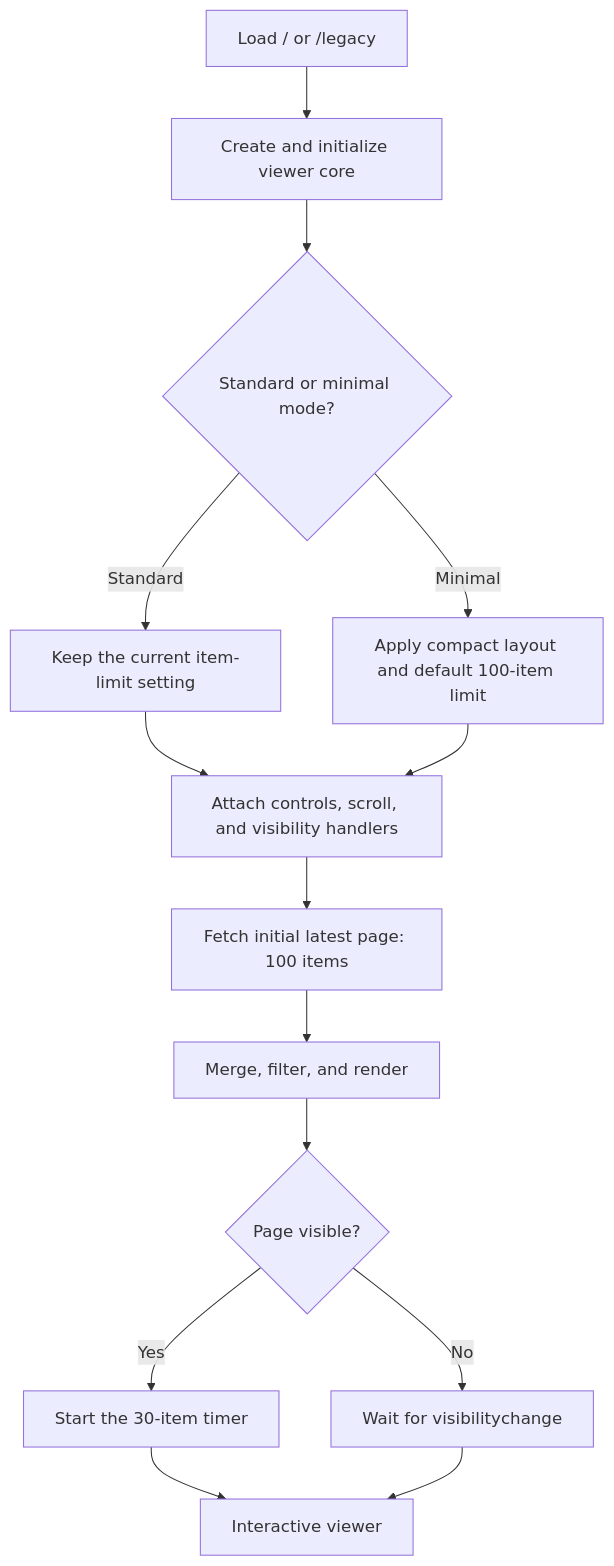
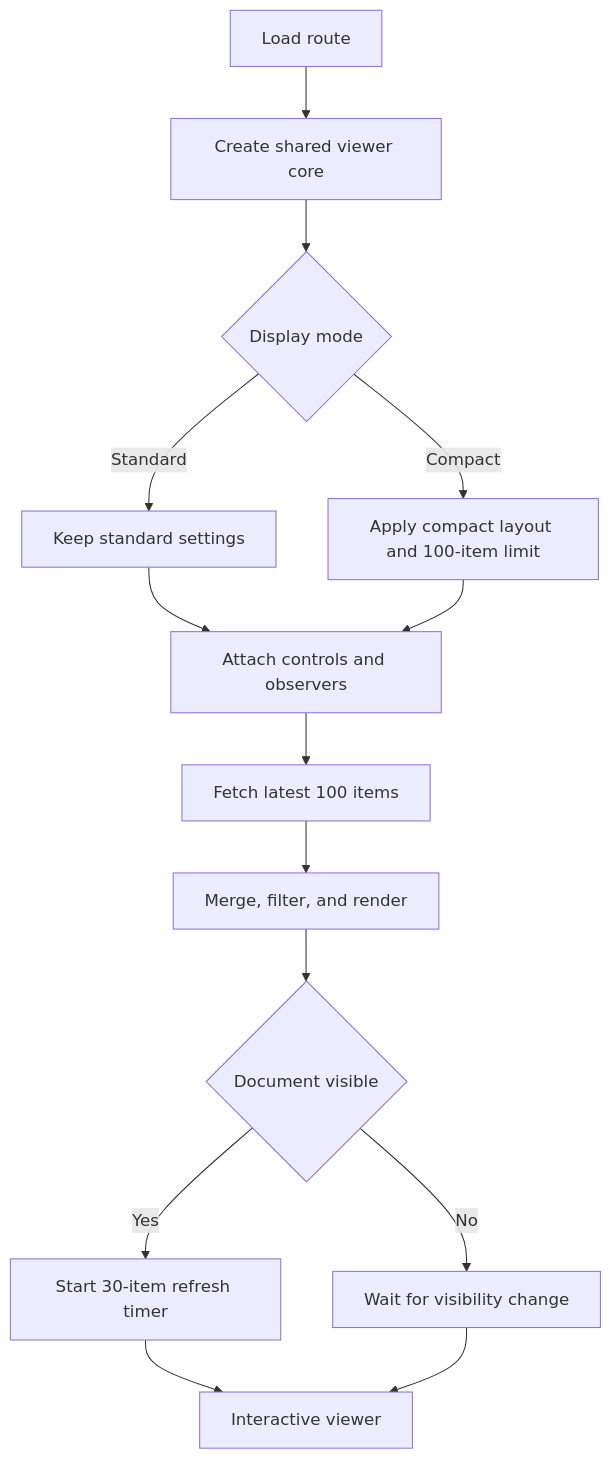
Before and after one commit to virtuecho/sina7x24: the second of 6 diagrams in ARCHITECTURE.md, drawn with Mermaid. The commit also changed other lines of this file and 2 other files, not shown here.

````diff
--- a/ARCHITECTURE.md
+++ b/ARCHITECTURE.md
@@ -63,16 +59,16 @@
 ```mermaid
 flowchart TD
-  A["Load / or /legacy"] --> B["Create and initialize viewer core"]
-  B --> C{"Standard or minimal mode?"}
-  C -->|"Standard"| D["Keep the current item-limit setting"]
-  C -->|"Minimal"| E["Apply compact layout and default 100-item limit"]
-  D --> F["Attach controls, scroll, and visibility handlers"]
+  A["Load route"] --> B["Create shared viewer core"]
+  B --> C{"Display mode"}
+  C -->|Standard| D["Keep standard settings"]
+  C -->|Compact| E["Apply compact layout and 100-item limit"]
+  D --> F["Attach controls and observers"]
   E --> F
-  F --> G["Fetch initial latest page: 100 items"]
+  F --> G["Fetch latest 100 items"]
   G --> H["Merge, filter, and render"]
-  H --> I{"Page visible?"}
-  I -->|"Yes"| J["Start the 30-item timer"]
-  I -->|"No"| K["Wait for visibilitychange"]
+  H --> I{"Document visible"}
+  I -->|Yes| J["Start 30-item refresh timer"]
+  I -->|No| K["Wait for visibility change"]
   J --> L["Interactive viewer"]
   K --> L
 ```
````
